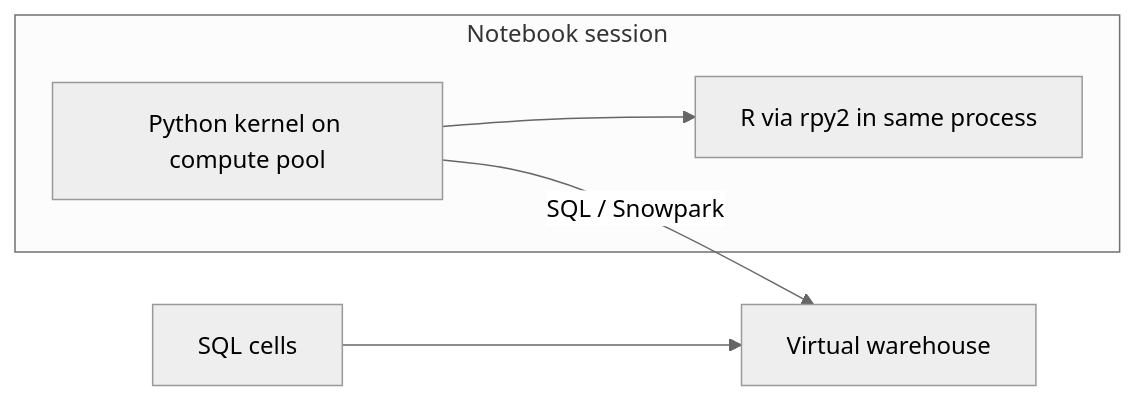
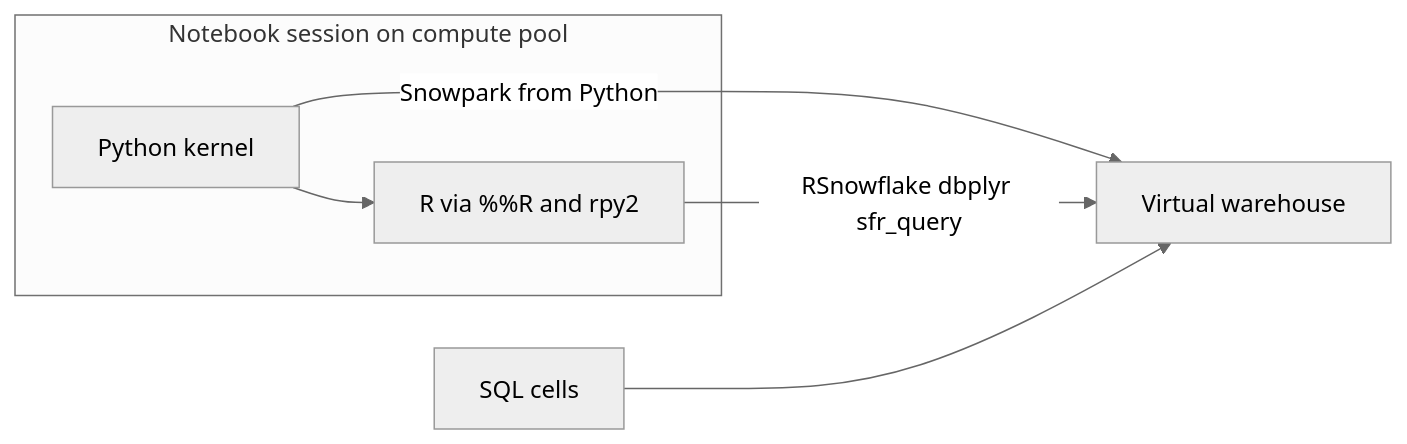
The diagram in guide/Hitchhikers_Guide_to_R_in_Snowflake/05_workspaces_overview/index.qmd (Snowflake-Labs/snowflakeR), drawn with Mermaid (neutral theme) before and after one commit. The commit also changed other lines of this file and 61 other files, not shown here.

````diff
--- a/guide/Hitchhikers_Guide_to_R_in_Snowflake/05_workspaces_overview/index.qmd
+++ b/guide/Hitchhikers_Guide_to_R_in_Snowflake/05_workspaces_overview/index.qmd
@@ -148,11 +150,12 @@
 ```{mermaid}
 flowchart LR
-  subgraph notebook [Notebook session]
-    PY[Python kernel on compute pool]
-    Rcell["R via rpy2 in same process"]
+  subgraph notebook [Notebook session on compute pool]
+    PY[Python kernel]
+    Rcell["R via %%R and rpy2"]
   end
   WH[Virtual warehouse]
   PY --> Rcell
-  PY -->|SQL / Snowpark| WH
+  PY -->|Snowpark from Python| WH
+  Rcell -->|RSnowflake dbplyr sfr_query| WH
   SQLcell[SQL cells] --> WH
 ```
````
